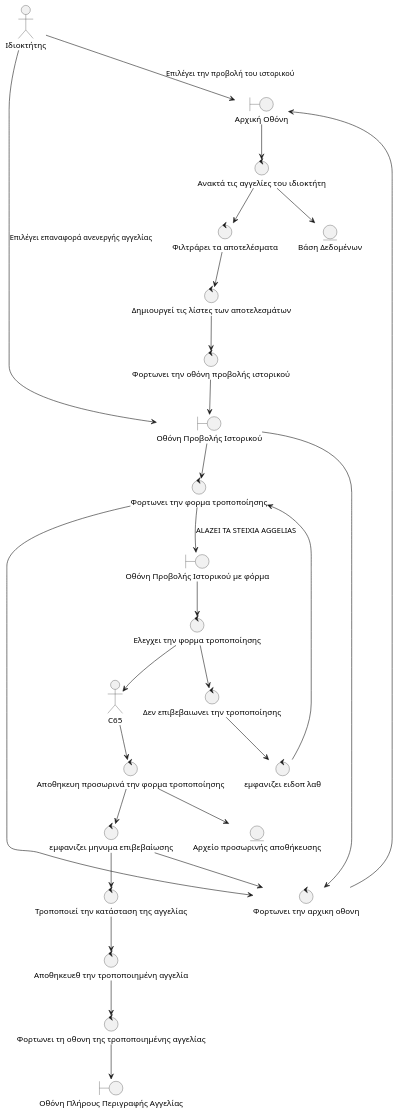
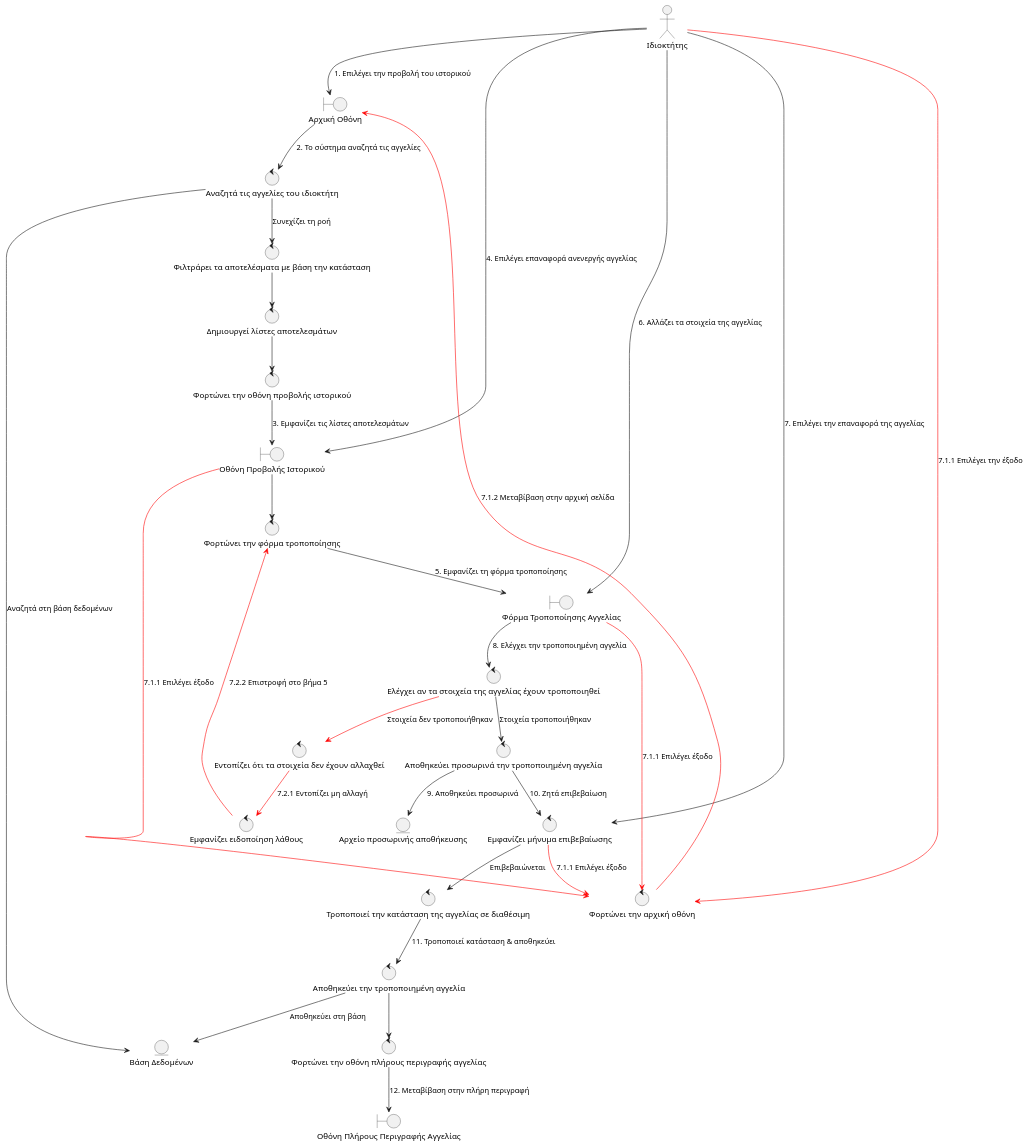
Before and after one commit to Mauragkas/LendIt: the diagram in robust_diagram/stathis/RD_archive.puml, drawn with PlantUML. The commit also changed 7 other files, not shown here.

Commit message:
seq diagrams for archive & review, revised

```diff
--- a/robust_diagram/stathis/RD_archive.puml
+++ b/robust_diagram/stathis/RD_archive.puml
@@ -1,65 +1,72 @@
 @startuml
 top to bottom direction
 actor Ιδιοκτήτης
 
 ' Boundaries (Screens)
 boundary "Αρχική Οθόνη" as B1
 boundary "Οθόνη Προβολής Ιστορικού" as B2
-boundary "Οθόνη Προβολής Ιστορικού με φόρμα" as B3
+boundary "Φόρμα Τροποποίησης Αγγελίας" as B3
 boundary "Οθόνη Πλήρους Περιγραφής Αγγελίας" as B4
 
 ' Controllers (Processes)
-control "Ανακτά τις αγγελίες του ιδιοκτήτη" as C1
-control "Φιλτράρει τα αποτελέσματα" as C2
-control "Δημιουργεί τις λίστες των αποτελεσμάτων" as C3
-control "Φορτωνει την οθόνη προβολής ιστορικού" as C4
-control "Φορτωνει την φορμα τροποποίησης" as C5
-control "Ελεγχει την φορμα τροποποίησης" as C6
-control "Αποθηκευη προσωρινά την φορμα τροποποίησης" as C7
-control "εμφανιζει μηνυμα επιβεβαίωσης" as C8
-control "Τροποποιεί την κατάσταση της αγγελίας" as C9
-control "Αποθηκευεθ την τροποποιημένη αγγελία" as C10
-control "Φορτωνει τη οθονη της τροποποιημένης αγγελίας" as C11
+control "Αναζητά τις αγγελίες του ιδιοκτήτη" as C1
+control "Φιλτράρει τα αποτελέσματα με βάση την κατάσταση" as C2
+control "Δημιουργεί λίστες αποτελεσμάτων" as C3
+control "Φορτώνει την οθόνη προβολής ιστορικού" as C4
+control "Φορτώνει την φόρμα τροποποίησης" as C5
+control "Ελέγχει αν τα στοιχεία της αγγελίας έχουν τροποποιηθεί" as C6
+control "Αποθηκεύει προσωρινά την τροποποιημένη αγγελία" as C7
+control "Εμφανίζει μήνυμα επιβεβαίωσης" as C8
+control "Τροποποιεί την κατάσταση της αγγελίας σε διαθέσιμη" as C9
+control "Αποθηκεύει την τροποποιημένη αγγελία" as C10
+control "Φορτώνει την οθόνη πλήρους περιγραφής αγγελίας" as C11
 
-control "Φορτωνει την αρχικη οθονη" as AC1
-control "Δεν επιβεβαιωνει την τροποποίησης" as AC2
-control "εμφανιζει ειδοπ λαθ" as AC3
+control "Φορτώνει την αρχική οθόνη" as AC1
+control "Εντοπίζει ότι τα στοιχεία δεν έχουν αλλαχθεί" as AC2
+control "Εμφανίζει ειδοποίηση λάθους" as AC3
 
 ' Entities
 entity "Βάση Δεδομένων" as E1
 entity "Αρχείο προσωρινής αποθήκευσης" as E2
 
 ' Actor Interactions
-Ιδιοκτήτης --> B1 : Επιλέγει την προβολή του ιστορικού
-Ιδιοκτήτης --> B2 : Επιλέγει επαναφορά ανενεργής αγγελίας
+Ιδιοκτήτης --> B1 : 1. Επιλέγει την προβολή του ιστορικού
+Ιδιοκτήτης --> B2 : 4. Επιλέγει επαναφορά ανενεργής αγγελίας
+Ιδιοκτήτης --> B3 : 6. Αλλάζει τα στοιχεία της αγγελίας
+Ιδιοκτήτης --> C8 : 7. Επιλέγει την επαναφορά της αγγελίας
+Ιδιοκτήτης --> AC1 #red : 7.1.1 Επιλέγει την έξοδο
 
 ' Flow
-B1 --> C1
-C1 --> C2
+B1 --> C1 : 2. Το σύστημα αναζητά τις αγγελίες
+C1 --> E1 : Αναζητά στη βάση δεδομένων
+C1 --> C2 : Συνεχίζει τη ροή
 C2 --> C3
 C3 --> C4
-C4 --> B2
+C4 --> B2 : 3. Εμφανίζει τις λίστες αποτελεσμάτων
+
 B2 --> C5
-C5 --> B3 : ALAZEI TA STEIXIA AGGELIAS
-B3 --> C6
-C6 --> C65
-C65 --> C7
-C7 --> E2
-C7 --> C8
-C8 --> C9
-C9 --> C10
+C5 --> B3 : 5. Εμφανίζει τη φόρμα τροποποίησης
+
+B3 --> C6 : 8. Ελέγχει την τροποποιημένη αγγελία
+C6 --> C7 : Στοιχεία τροποποιήθηκαν
+C7 --> E2 : 9. Αποθηκεύει προσωρινά
+C7 --> C8 : 10. Ζητά επιβεβαίωση
+
+C8 --> C9 : Επιβεβαιώνεται
+C9 --> C10 : 11. Τροποποιεί κατάσταση & αποθηκεύει
+C10 --> E1 : Αποθηκεύει στη βάση
 C10 --> C11
-C11 --> B4
+C11 --> B4 : 12. Μεταβίβαση στην πλήρη περιγραφή
 
-C6 --> AC2
-AC2 --> AC3
-AC3 --> C5
+' Alternative flows
+C6 --> AC2 #red : Στοιχεία δεν τροποποιήθηκαν
+AC2 --> AC3 #red : 7.2.1 Εντοπίζει μη αλλαγή
+AC3 --> C5 #red : 7.2.2 Επιστροφή στο βήμα 5
 
-AC1 --> B1
-B2 --> AC1
-C8 --> AC1
-C5 --> AC1
-
-C1 --> E1
+' Cancellation paths
+B2 --> AC1 #red : 7.1.1 Επιλέγει έξοδο
+B3 --> AC1 #red : 7.1.1 Επιλέγει έξοδο
+C8 --> AC1 #red : 7.1.1 Επιλέγει έξοδο
+AC1 --> B1 #red : 7.1.2 Μεταβίβαση στην αρχική σελίδα
 
 @enduml
```
